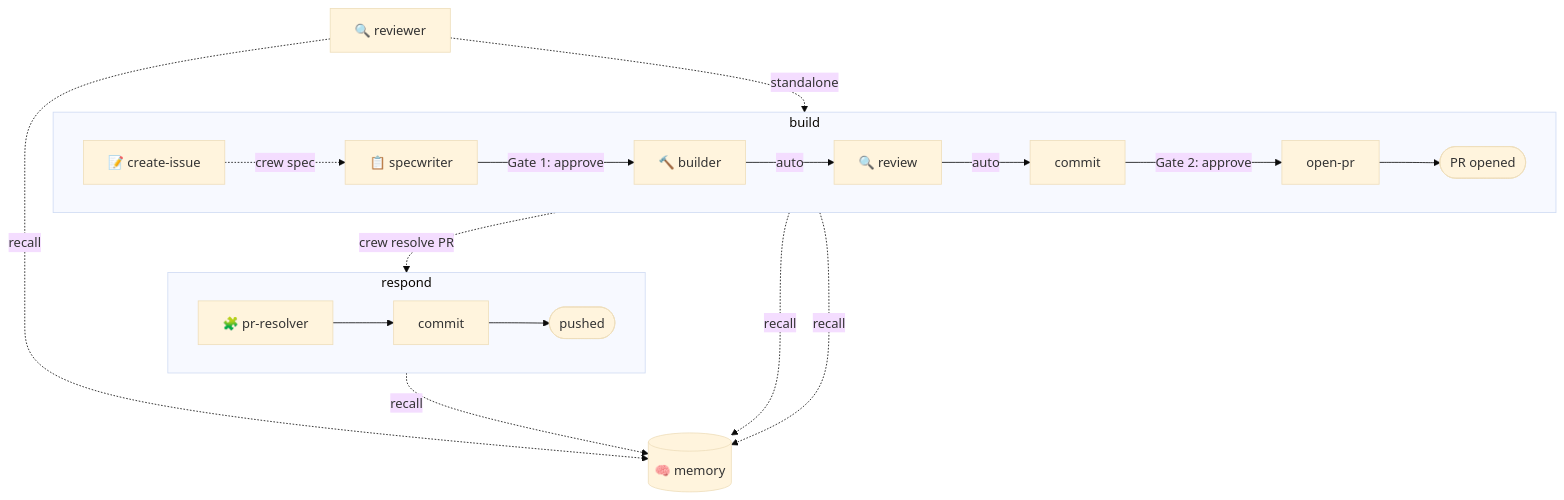
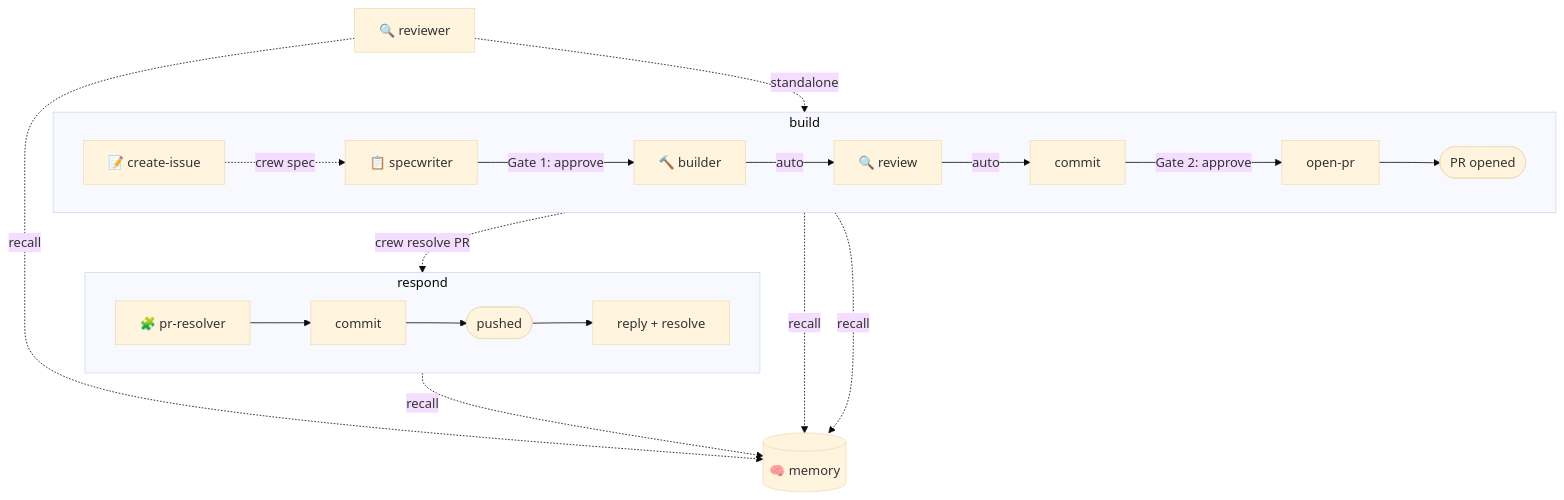
Before and after one commit to crespocarlos/el-capitan: the diagram in README.md, drawn with Mermaid (base theme). The commit also changed other lines of this file and 13 other files, not shown here.

````diff
--- a/README.md
+++ b/README.md
@@ -102,26 +102,27 @@
 ```mermaid
 flowchart TB
     subgraph build["build"]
         direction LR
         issue["📝 create-issue"] -.->|"crew spec"| spec["📋 specwriter"]
         spec -->|"Gate 1: approve"| impl["🔨 builder"]
         impl -->|"auto"| review["🔍 review"]
         review -->|"auto"| bcommit["commit"]
         bcommit -->|"Gate 2: approve"| openpr["open-pr"]
         openpr --> done(["PR opened"])
     end
 
     subgraph respond["respond"]
         direction LR
         resolver["🧩 pr-resolver"] --> rcommit["commit"]
-        rcommit --> pushed(["pushed"])
+        rcommit --> rpush(["pushed"])
+        rpush --> rreply["reply + resolve"]
     end
 
     memory[("🧠 memory")]
     spec -.->|"recall"| memory
     review -.->|"recall"| memory
     resolver -.->|"recall"| memory
     done -.->|"crew resolve PR"| resolver
     reviewer["🔍 reviewer"] -.->|"standalone"| impl
     reviewer -.->|"recall"| memory
 ```
````
